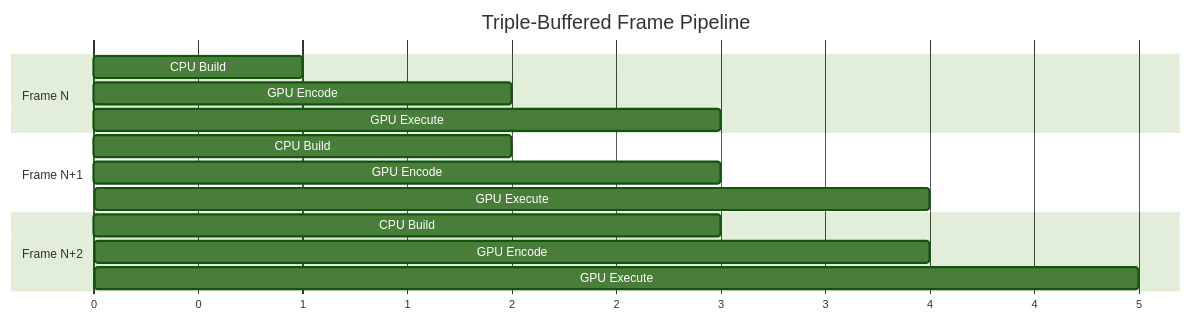
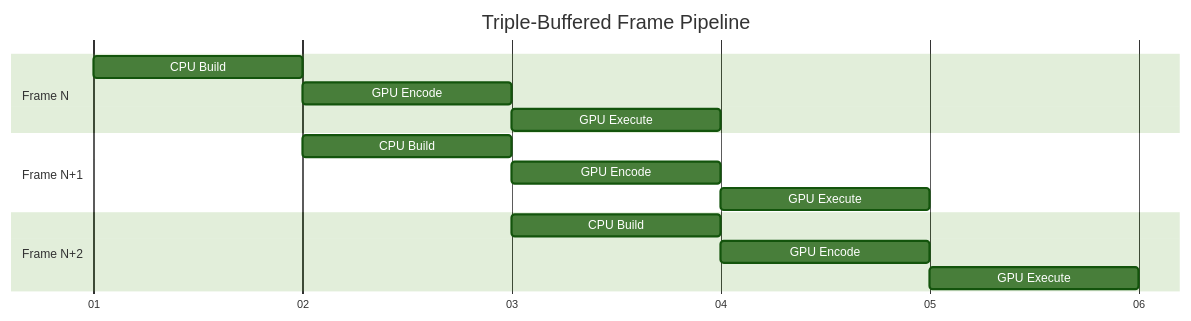
The seventh of 11 diagrams in docs/design/render-graph-architecture.md (harmonius-dev/harmonius), drawn with Mermaid (forest theme) before and after one commit. The commit also changed other lines of this file and 192 other files, not shown here.

````diff
--- a/docs/design/render-graph-architecture.md
+++ b/docs/design/render-graph-architecture.md
@@ -439,21 +440,22 @@
 ```mermaid
 gantt
     title Triple-Buffered Frame Pipeline
-    dateFormat X
-    axisFormat %s
+    dateFormat YYYY-MM-DD
+    axisFormat %d
+    tickInterval 1day
 
     section Frame N
-    CPU Build    :f0cpu, 0, 1
-    GPU Encode   :f0enc, 1, 2
-    GPU Execute  :f0exe, 2, 3
+    CPU Build    :f0cpu, 2024-01-01, 1d
+    GPU Encode   :f0enc, 2024-01-02, 1d
+    GPU Execute  :f0exe, 2024-01-03, 1d
 
     section Frame N+1
-    CPU Build    :f1cpu, 1, 2
-    GPU Encode   :f1enc, 2, 3
-    GPU Execute  :f1exe, 3, 4
+    CPU Build    :f1cpu, 2024-01-02, 1d
+    GPU Encode   :f1enc, 2024-01-03, 1d
+    GPU Execute  :f1exe, 2024-01-04, 1d
 
     section Frame N+2
-    CPU Build    :f2cpu, 2, 3
-    GPU Encode   :f2enc, 3, 4
-    GPU Execute  :f2exe, 4, 5
+    CPU Build    :f2cpu, 2024-01-03, 1d
+    GPU Encode   :f2enc, 2024-01-04, 1d
+    GPU Execute  :f2exe, 2024-01-05, 1d
 ```
````
